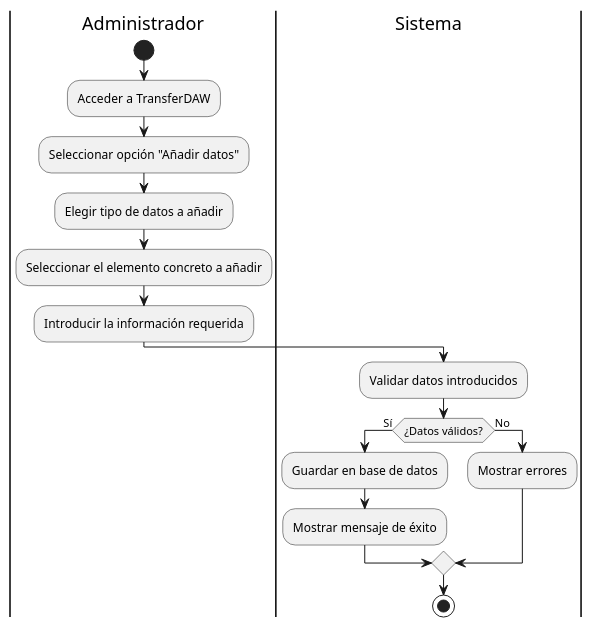
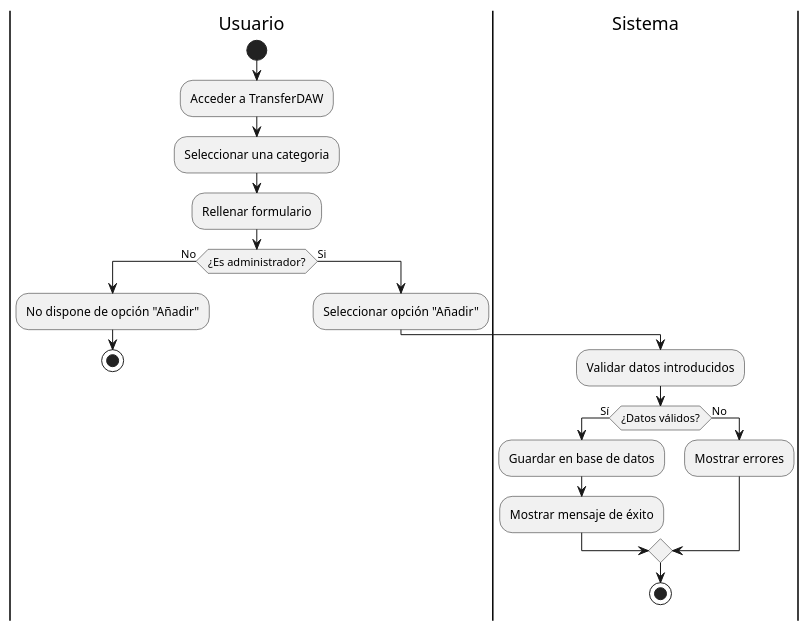
Before and after one commit to IR-Play88/TransferDAW: the third of 5 diagrams in trasnferdaw/design/diagramas/diagrama_de_actividad/diagrama_actividad.pu, drawn with PlantUML. The commit also changed other lines of this file and 180 other files, not shown here.

```diff
--- a/trasnferdaw/design/diagramas/diagrama_de_actividad/diagrama_actividad.pu
+++ b/trasnferdaw/design/diagramas/diagrama_de_actividad/diagrama_actividad.pu
@@ -35,23 +40,24 @@
 @startuml Añadir información
-|Administrador|
+|Usuario|
 start
 
 :Acceder a TransferDAW;
-:Seleccionar opción "Añadir datos";
-:Elegir tipo de datos a añadir;
-:Seleccionar el elemento concreto a añadir;
+:Seleccionar una categoria;
+:Rellenar formulario;
 
-:Introducir la información requerida;
-
-|Sistema|
+if (¿Es administrador?) then (No)
+    :No dispone de opción "Añadir";
+    stop
+else (Si)
+:Seleccionar opción "Añadir";
+    |Sistema|
 :Validar datos introducidos;
 
 if (¿Datos válidos?) then (Sí)
     :Guardar en base de datos;
     :Mostrar mensaje de éxito;
 else (No)
     :Mostrar errores;
 endif
-
 stop
 @enduml
```
